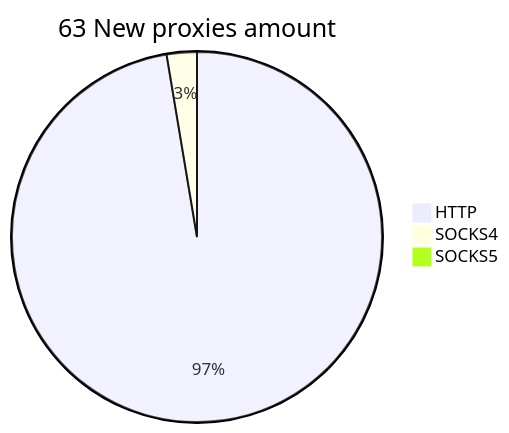
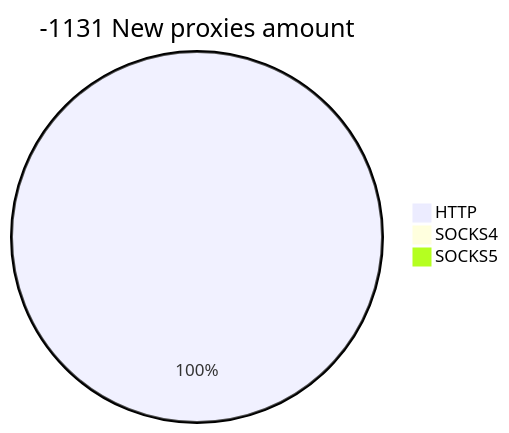
Before and after one commit to cutipu/proxylist: the second of 2 diagrams in README.md, drawn with Mermaid. The commit also changed other lines of this file, not shown here.

````diff
--- a/README.md
+++ b/README.md
@@ -10,6 +10,6 @@
 ```mermaid
-pie title 63 New proxies amount
-    "HTTP" : 74
-    "SOCKS4" : 2
+pie title -1131 New proxies amount
+    "HTTP" : 31
+    "SOCKS4" : 0
     "SOCKS5" : 0
 ```
````
